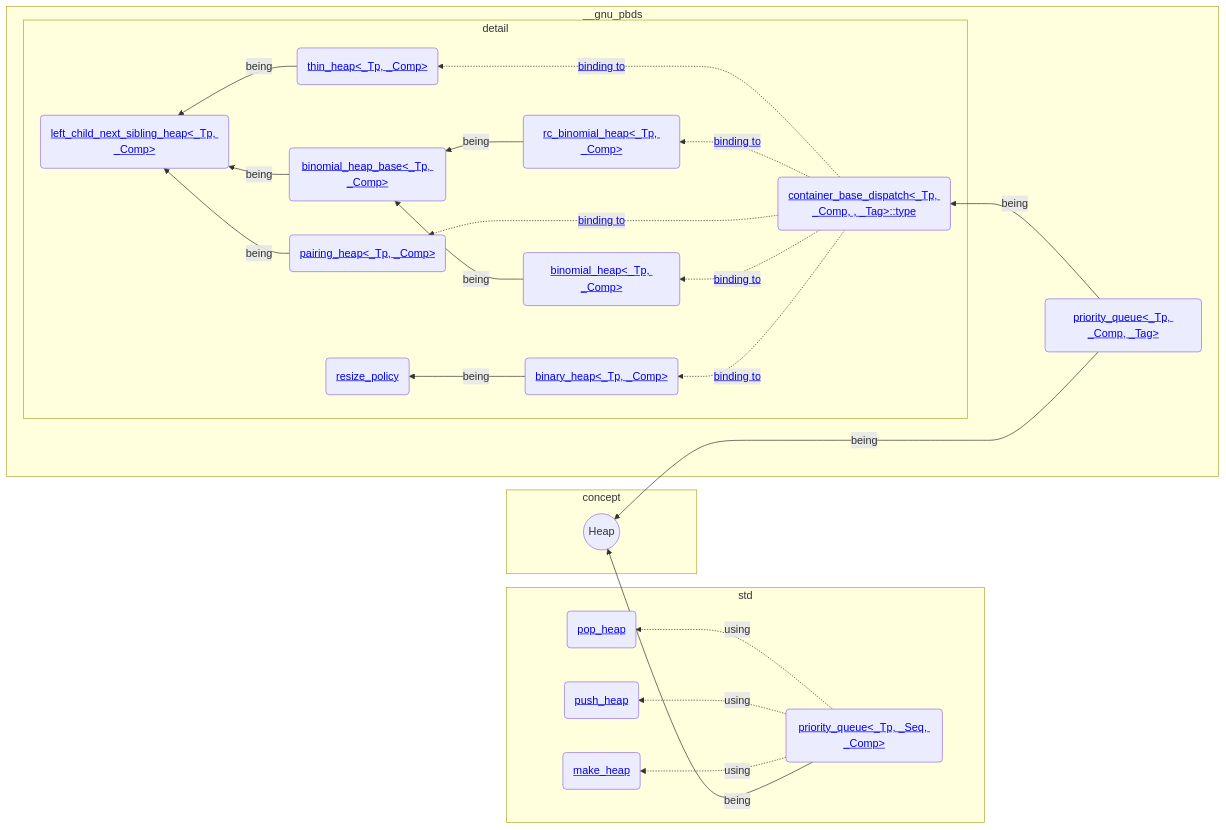
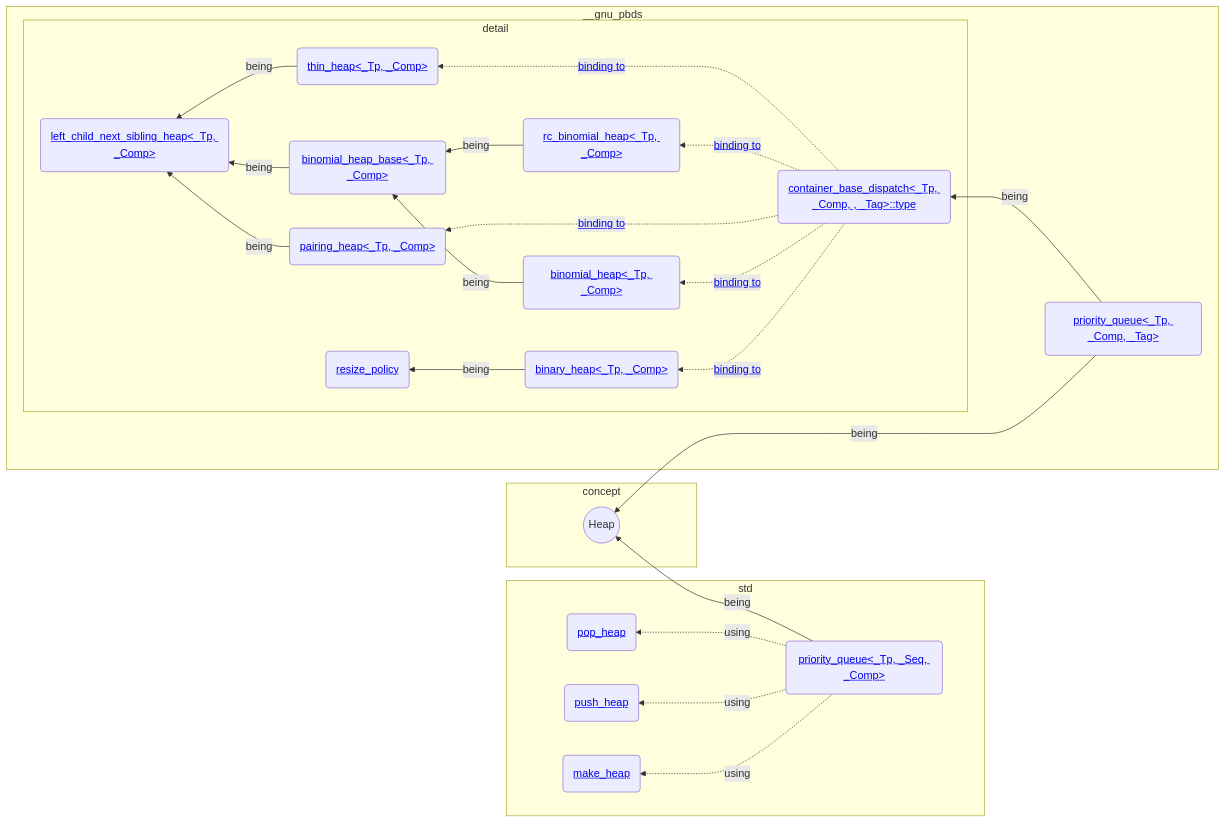
The diagram in doc/priority_queue.md (AsherJingkongChen/ds-assign4), drawn with Mermaid before and after one commit. The commit also changed other lines of this file, not shown here.

````diff
--- a/doc/priority_queue.md
+++ b/doc/priority_queue.md
@@ -3,50 +3,50 @@
 ```mermaid
 graph RL;
 subgraph concept
   heap((Heap));
 end
 
 spq(<a href=https://gcc.gnu.org/onlinedocs/gcc-12.2.0/libstdc++/api/a08762.html>priority_queue<_Tp, _Seq, _Comp></a>);
 make(<a href=https://gcc.gnu.org/onlinedocs/gcc-12.2.0/libstdc++/api/a01614.html#ga2a685c934e85086e5ac372026e8064f6>make_heap</a>);
 push(<a href=https://gcc.gnu.org/onlinedocs/gcc-12.2.0/libstdc++/api/a01614.html#gab628ce505c9574f8929a0fa49ed514b3>push_heap</a>);
 pop(<a href=https://gcc.gnu.org/onlinedocs/gcc-12.2.0/libstdc++/api/a01614.html#ga0a57ba46981d46e0f3ebd4703d0ad18b>pop_heap);
 
 binhp(<a href=https://gcc.gnu.org/onlinedocs/gcc-12.2.0/libstdc++/api/a13278.html>binary_heap<_Tp, _Comp></a>);
 bimhp(<a href=https://gcc.gnu.org/onlinedocs/gcc-12.2.0/libstdc++/api/a13326.html>binomial_heap<_Tp, _Comp></a>);
 pahp(<a href=https://gcc.gnu.org/onlinedocs/gcc-12.2.0/libstdc++/api/a13550.html>pairing_heap<_Tp, _Comp></a>);
 rbimhp(<a href=https://gcc.gnu.org/onlinedocs/gcc-12.2.0/libstdc++/api/a13654.html>rc_binomial_heap<_Tp, _Comp></a>);
 thinhp(<a href=https://gcc.gnu.org/onlinedocs/gcc-12.2.0/libstdc++/api/a13702.html>thin_heap<_Tp, _Comp></a>);
 
 gpq(<a href=https://gcc.gnu.org/onlinedocs/gcc-12.2.0/libstdc++/api/a12902.html>priority_queue<_Tp, _Comp, _Tag></a>);
 gcbdtp(<a href=https://gcc.gnu.org/onlinedocs/gcc-12.2.0/libstdc++/api/a13070.html>container_base_dispatch<_Tp, _Comp, , _Tag>::type</a>);
 lcnsh(<a href=https://gcc.gnu.org/onlinedocs/gcc-12.2.0/libstdc++/api/a13482.html>left_child_next_sibling_heap<_Tp, _Comp></a>);
 rzplc(<a href=https://gcc.gnu.org/onlinedocs/gcc-12.2.0/libstdc++/api/a13322.html>resize_policy</a>);
 bimhpb(<a href=https://gcc.gnu.org/onlinedocs/gcc-12.2.0/libstdc++/api/a13330.html>binomial_heap_base<_Tp, _Comp></a>);
 
 subgraph std
-  spq -->|being| heap;
   spq .->|using| make;
   spq .->|using| push;
   spq .->|using| pop;
+  spq -->|being| heap;
 end
 
 subgraph __gnu_pbds
   gpq --->|being| heap;
   gpq -->|being| gcbdtp;
 
   subgraph detail
     gcbdtp .->|<a href=https://gcc.gnu.org/onlinedocs/gcc-12.2.0/libstdc++/api/a13162.html#adbbd8131d9a4cdc53e280a34f161dd3c>binding to</a>| binhp;
     gcbdtp .->|<a href=https://gcc.gnu.org/onlinedocs/gcc-12.2.0/libstdc++/api/a13154.html#ab4cecfd9b1ed21229fe049cabebe321c>binding to</a>| bimhp;
     gcbdtp .->|<a href=https://gcc.gnu.org/onlinedocs/gcc-12.2.0/libstdc++/api/a13150.html#adecf3a56bd35a5ca376d0492e7123a7b>binding to</a>| pahp;
     gcbdtp .->|<a href=https://gcc.gnu.org/onlinedocs/gcc-12.2.0/libstdc++/api/a13158.html#a7d1df51ac2b0c2e893e450bf7fe9e379>binding to</a>| rbimhp;
     gcbdtp .->|<a href=https://gcc.gnu.org/onlinedocs/gcc-12.2.0/libstdc++/api/a13166.html#a9810405868a4fa2e115def4f7da71b66>binding to</a>| thinhp;
 
     binhp -->|being| rzplc;
     bimhpb -->|being| lcnsh;
     bimhp -->|being| bimhpb;
     rbimhp -->|being| bimhpb;
     pahp --> |being| lcnsh;
     thinhp -->|being| lcnsh;
   end
 end
 ```
````
